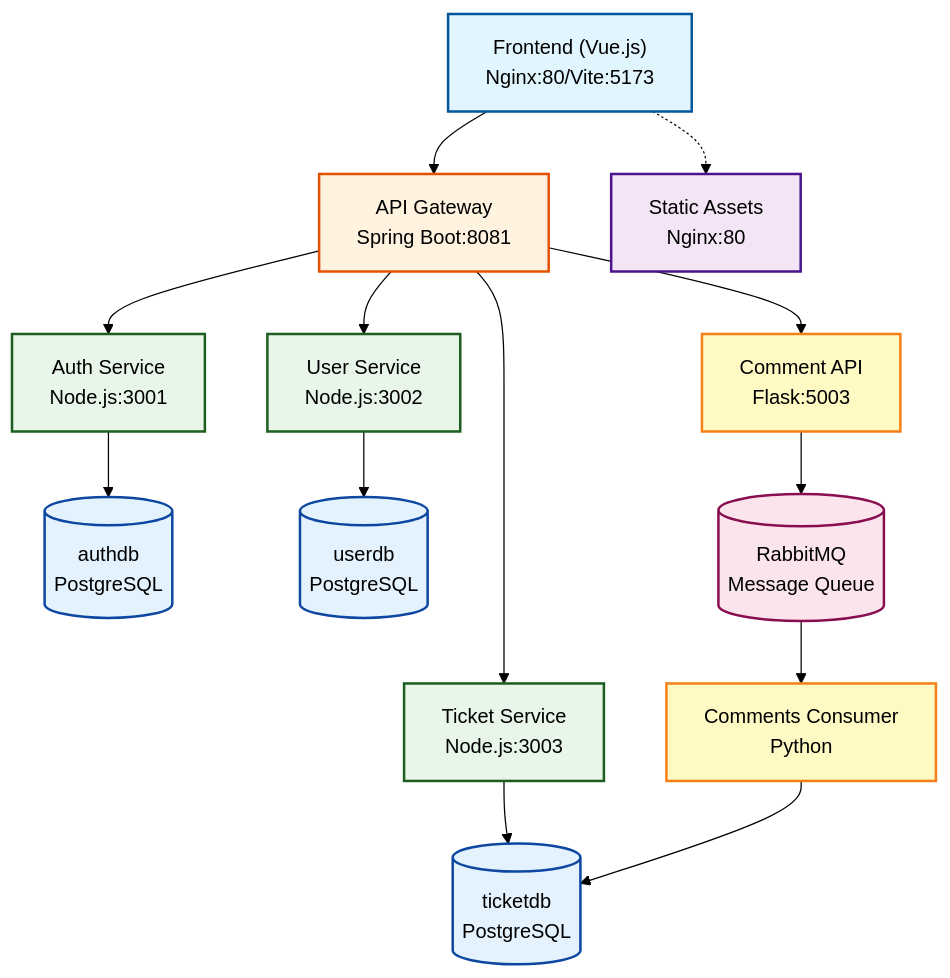
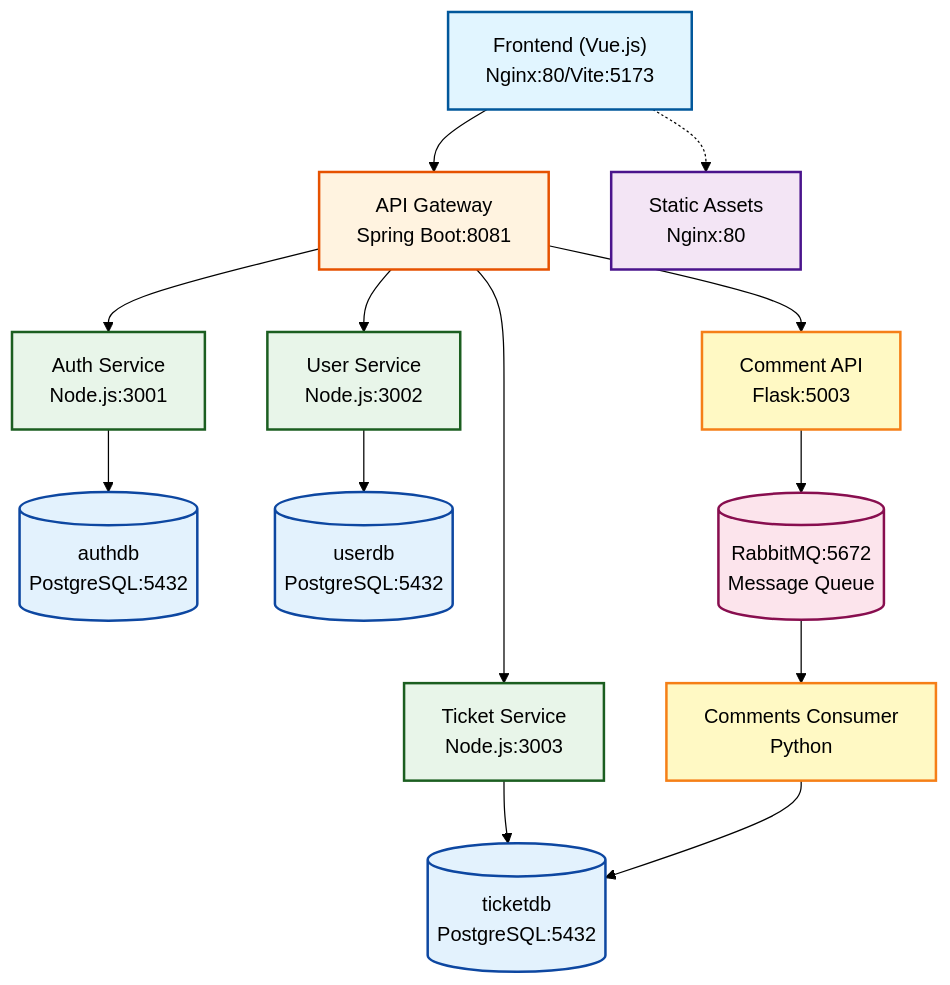
The diagram in documentation/ARCHITECTURE.md (antoninofoti/fix-this-stuff), drawn with Mermaid (forest theme) before and after one commit.

Commit message:
fix architecture.md graph of system components

````diff
--- a/documentation/ARCHITECTURE.md
+++ b/documentation/ARCHITECTURE.md
@@ -5,51 +5,51 @@
 ```mermaid
 graph TD
     Frontend["Frontend (Vue.js)<br/>Nginx:80/Vite:5173"]
     Gateway["API Gateway<br/>Spring Boot:8081"]
     StaticAssets["Static Assets<br/>Nginx:80"]
     
     AuthService["Auth Service<br/>Node.js:3001"]
     UserService["User Service<br/>Node.js:3002"]
     TicketService["Ticket Service<br/>Node.js:3003"]
     CommentAPI["Comment API<br/>Flask:5003"]
     
-    AuthDB[("authdb<br/>PostgreSQL")]
-    UserDB[("userdb<br/>PostgreSQL")]
-    TicketDB[("ticketdb<br/>PostgreSQL")]
+    AuthDB[("authdb<br/>PostgreSQL:5432")]
+    UserDB[("userdb<br/>PostgreSQL:5432")]
+    TicketDB[("ticketdb<br/>PostgreSQL:5432")]
     
-    RabbitMQ[("RabbitMQ<br/>Message Queue")]
+    RabbitMQ[("RabbitMQ:5672<br/>Message Queue")]
     Consumer["Comments Consumer<br/>Python"]
     
     Frontend --> Gateway
     
     Gateway --> AuthService
     Gateway --> UserService
     Gateway --> TicketService
     
     AuthService --> AuthDB
     UserService --> UserDB
     TicketService --> TicketDB
     
     Gateway --> CommentAPI
     CommentAPI --> RabbitMQ
     RabbitMQ --> Consumer
     Consumer --> TicketDB
     
     Frontend -.-> StaticAssets
     
     classDef frontend fill:#e1f5ff,stroke:#01579b,stroke-width:2px
     classDef gateway fill:#fff3e0,stroke:#e65100,stroke-width:2px
     classDef static fill:#f3e5f5,stroke:#4a148c,stroke-width:2px
     classDef nodeService fill:#e8f5e9,stroke:#1b5e20,stroke-width:2px
     classDef pythonService fill:#fff9c4,stroke:#f57f17,stroke-width:2px
     classDef database fill:#e3f2fd,stroke:#0d47a1,stroke-width:2px
     classDef queue fill:#fce4ec,stroke:#880e4f,stroke-width:2px
     
     class Frontend frontend
     class Gateway gateway
     class StaticAssets static
     class AuthService,UserService,TicketService nodeService
     class CommentAPI,Consumer pythonService
     class AuthDB,UserDB,TicketDB database
     class RabbitMQ queue
 ```
````
